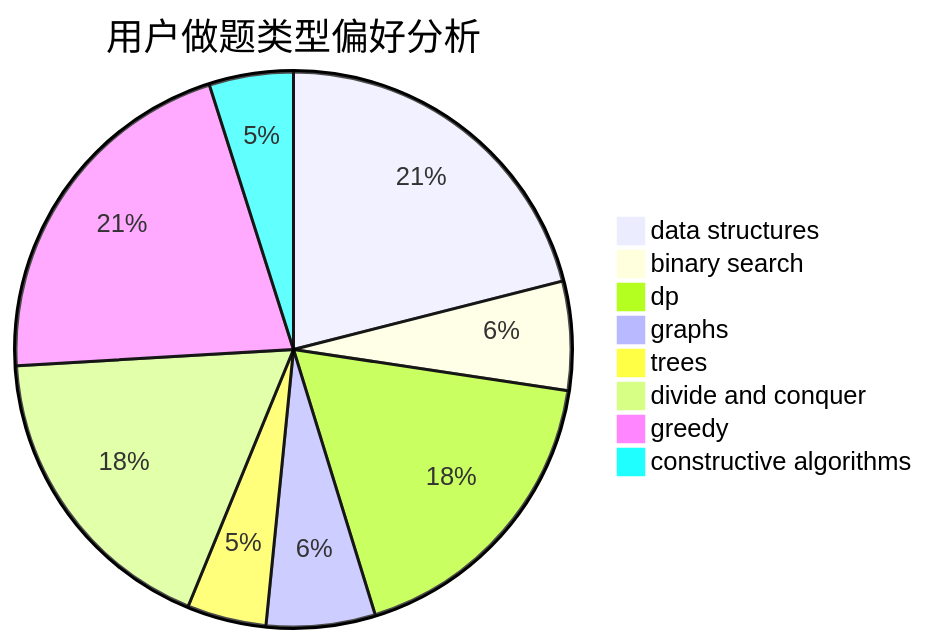
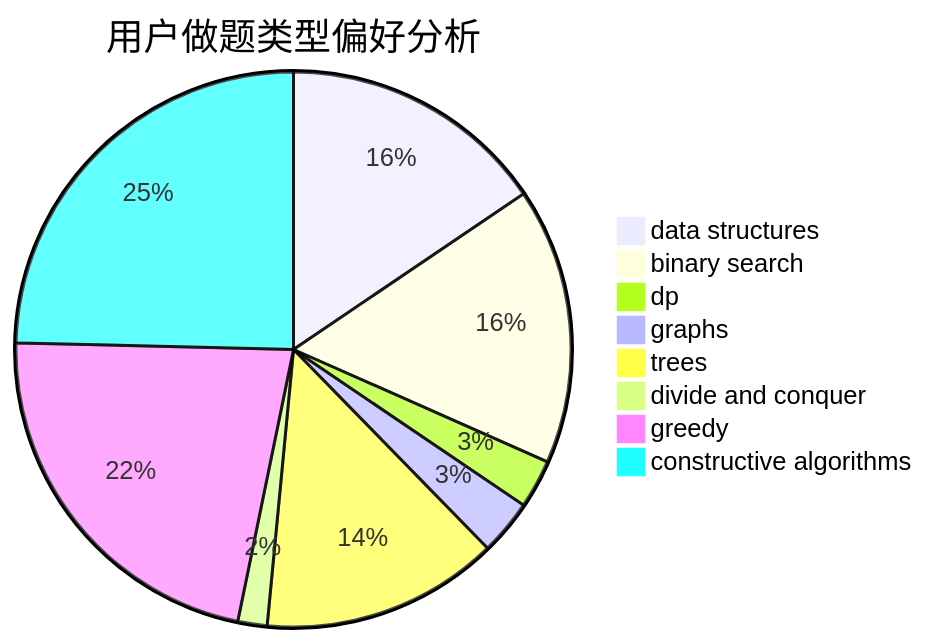
Before and after one commit to sherpahu/cfrs.github.io: the second of 3 diagrams in docs/user/u1549.md, drawn with Mermaid. The commit also changed other lines of this file and 2770 other files, not shown here.

````diff
--- a/docs/user/u1549.md
+++ b/docs/user/u1549.md
@@ -23,11 +23,11 @@
 ```mermaid
 pie title 用户做题类型偏好分析
-    "data structures" :  73
-    "binary search" :  22
-    "dp" :  62
-    "graphs" :  22
-    "trees" :  16
-    "divide and conquer" :  62
-    "greedy" :  73
-    "constructive algorithms" :  17
+    "data structures" :  82
+    "binary search" :  85
+    "dp" :  15
+    "graphs" :  17
+    "trees" :  73
+    "divide and conquer" :  9
+    "greedy" :  117
+    "constructive algorithms" :  130
 ```
````
